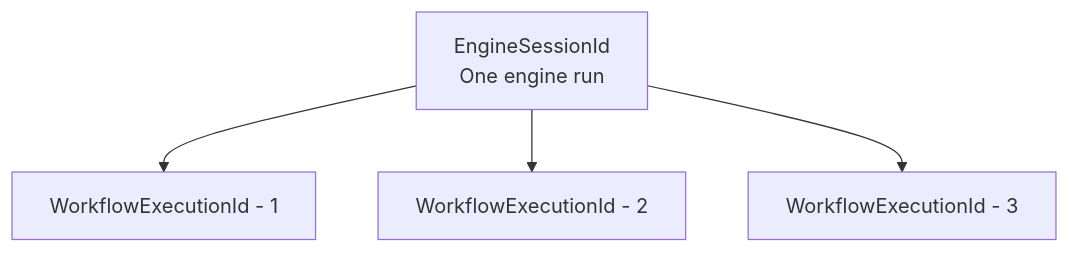
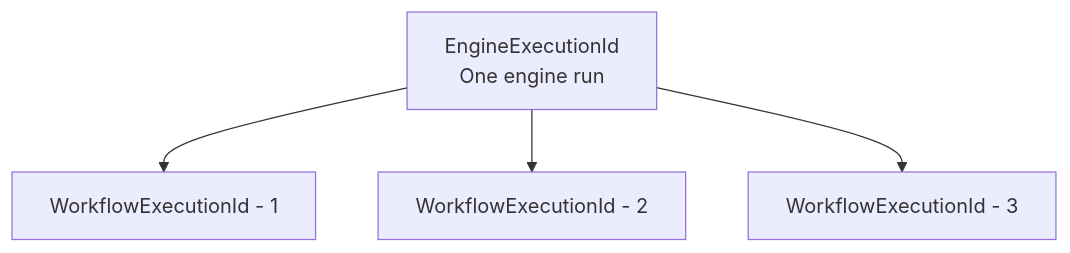
One commit to publishpress/PublishPress-Future changed the first of 2 diagrams in docs/workflow-engine.md. Above: the diagram before and after it, drawn with Mermaid. The commit also changed 5 other files, not shown here.

First line of the commit message:
Refactor engine session handling to use execution ID for improved tracking.

````diff
--- a/docs/workflow-engine.md
+++ b/docs/workflow-engine.md
@@ -5,6 +5,6 @@
 ```mermaid
 graph TD
-    A[EngineSessionId<br>One engine run] --> B[WorkflowExecutionId - 1]
+    A[EngineExecutionId<br>One engine run] --> B[WorkflowExecutionId - 1]
     A --> C[WorkflowExecutionId - 2]
     A --> D[WorkflowExecutionId - 3]
 ```
````
